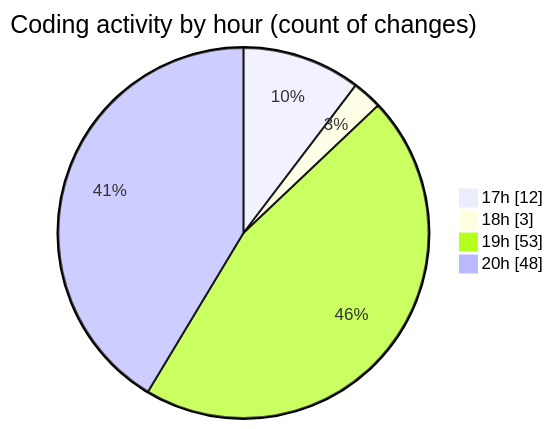
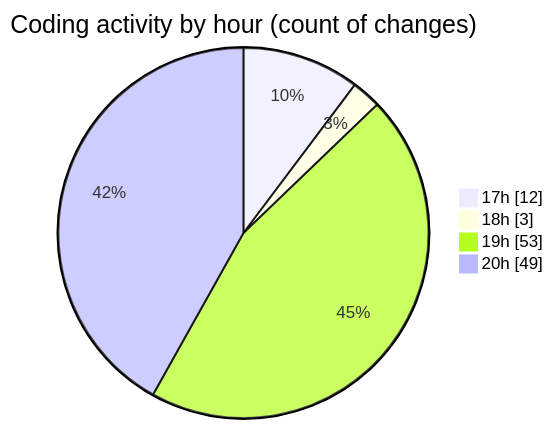
Before and after one commit to Ritupan-Deka/code-tracking: the second of 2 diagrams in 2025-06-19/scopecraft/README.md, drawn with Mermaid. The commit also changed other lines of this file and 1 other file, not shown here.

````diff
--- a/2025-06-19/scopecraft/README.md
+++ b/2025-06-19/scopecraft/README.md
@@ -46,8 +46,8 @@
 ```mermaid
 pie showData
 title Coding activity by hour (count of changes)
 "17h" : 12
 "18h" : 3
 "19h" : 53
-"20h" : 48
+"20h" : 49
 ```
````
